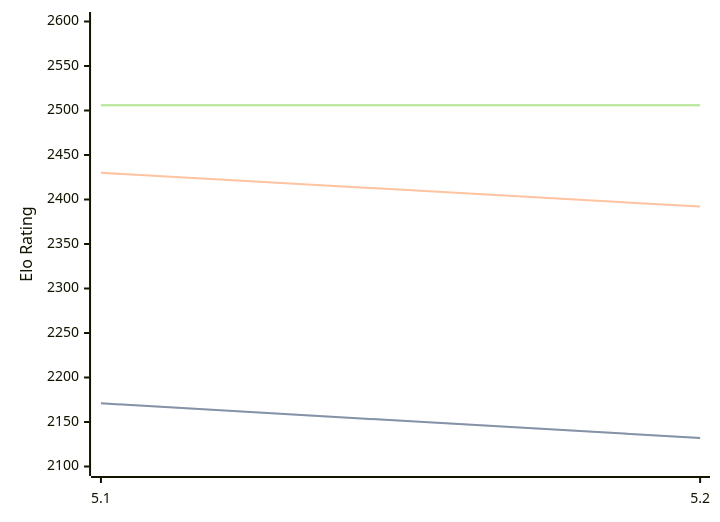
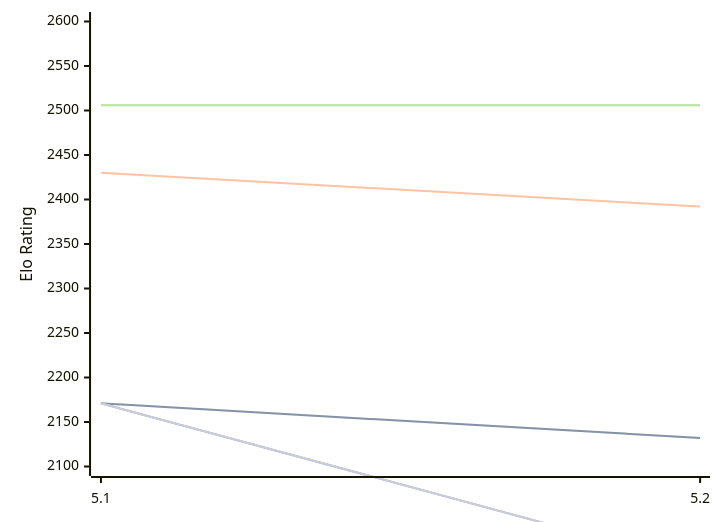
The diagram in engines/Prophet.md (computer-chess-index/cci), drawn with Mermaid before and after one commit. The commit also changed other lines of this file, not shown here.

Commit message:
Update CCI Ratings (ELO VLTC) - 2026-10-11

````diff
--- a/engines/Prophet.md
+++ b/engines/Prophet.md
@@ -48,16 +48,13 @@
 ```mermaid
 %%{init: {"theme":"base","themeVariables":{"seriesColors:['#a3a3a3','#222221','#faa371']}}}%%
 xychart-beta
   x-axis ["5.1", "5.2"]
   y-axis "Elo Rating" 2100 --> 2600
   line "" [2171, 2132]
   line "T1: STC (8.0+0.08s)" [2171, 2132]
   line "T1: LTC (60.0+0.60s)" [2430, 2392]
   line "" [2506, 2506]
   line "T1: VLTC (2m24s+1.12s)" [2506, 2506]
-  line "" [1978]
-  line "E1: STC (8.0+0.08s)" [1978]
-  line "E1: LTC (60.0+0.60s)" [2352]
-  line "" [2369]
-  line "E1: VLTC (2m24s+1.12s)" [2369]
+  line "" [2171,1989]
+  line "E1: STC (8.0+0.08s)" [2171,1989]
 ```
````
